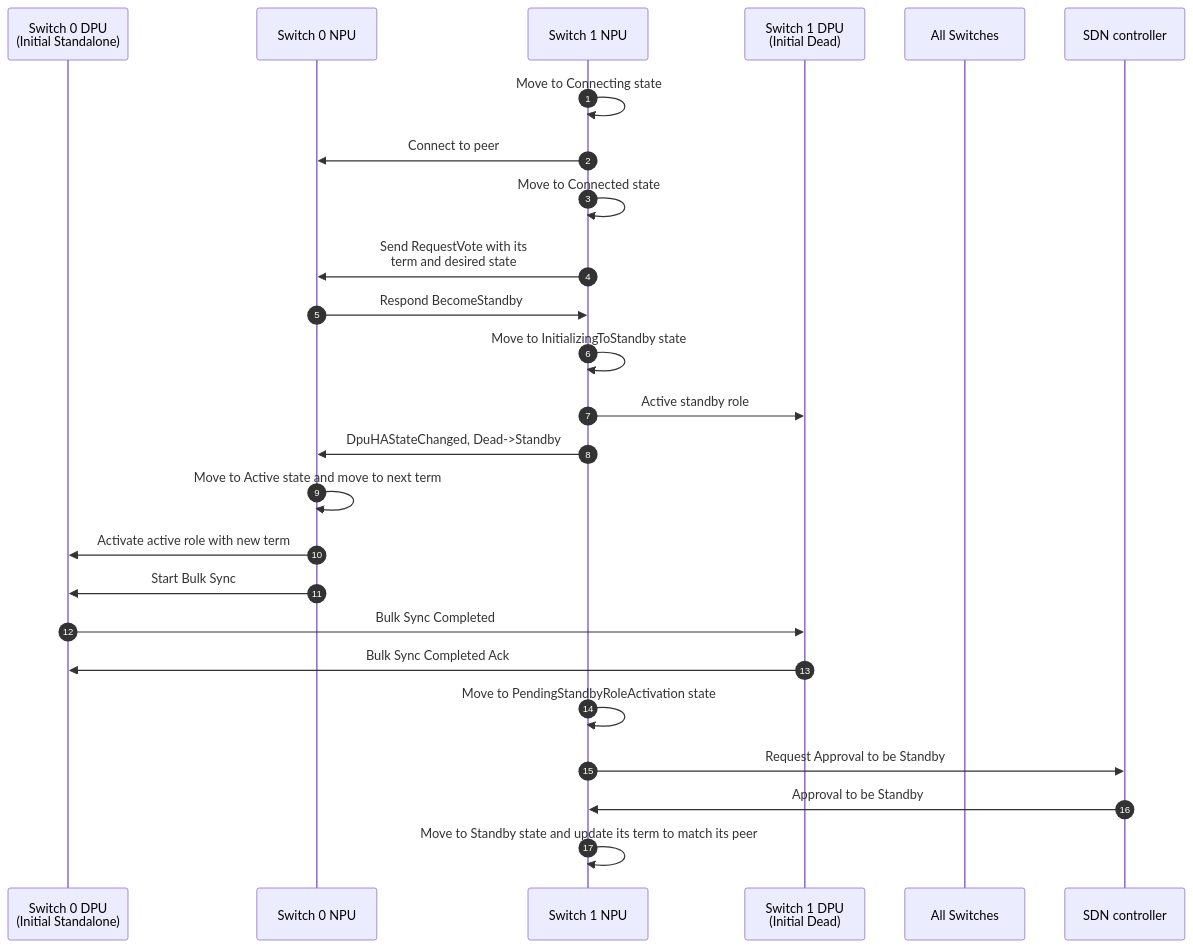
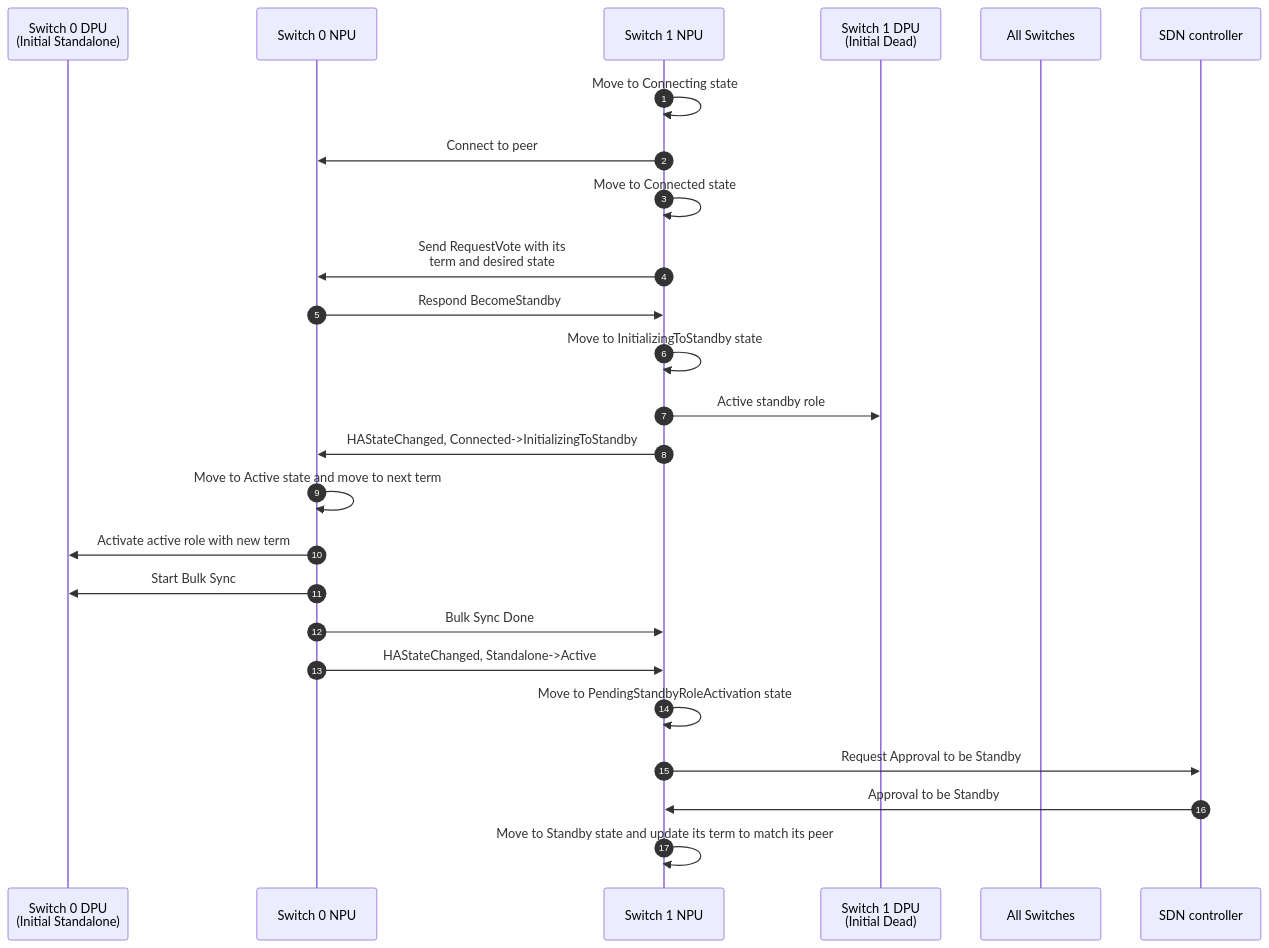
Before and after one commit to sonic-net/SONiC: the second of 6 diagrams in doc/smart-switch/high-availability/smart-switch-ha-hld.md, drawn with Mermaid. The commit also changed other lines of this file, not shown here.

````diff
--- a/doc/smart-switch/high-availability/smart-switch-ha-hld.md
+++ b/doc/smart-switch/high-availability/smart-switch-ha-hld.md
@@ -1051,32 +1052,32 @@
 ```mermaid
 sequenceDiagram
     autonumber
 
     participant S0D as Switch 0 DPU<br>(Initial Standalone)
     participant S0N as Switch 0 NPU
     participant S1N as Switch 1 NPU
     participant S1D as Switch 1 DPU<br>(Initial Dead)
     participant SA as All Switches
     participant SDN as SDN controller
 
     S1N->>S1N: Move to Connecting state
 
     S1N->>S0N: Connect to peer
     S1N->>S1N: Move to Connected state
 
     S1N->>S0N: Send RequestVote with its<br>term and desired state
     S0N->>S1N: Respond BecomeStandby
 
     S1N->>S1N: Move to InitializingToStandby state
     S1N->>S1D: Active standby role
-    S1N->>S0N: DpuHAStateChanged, Dead->Standby
+    S1N->>S0N: HAStateChanged, Connected->InitializingToStandby
     S0N->>S0N: Move to Active state and move to next term
     S0N->>S0D: Activate active role with new term
     S0N->>S0D: Start Bulk Sync
-    S0D->>S1D: Bulk Sync Completed
-    S1D->>S0D: Bulk Sync Completed Ack
+    S0N->>S1N: Bulk Sync Done
+    S0N->>S1N: HAStateChanged, Standalone->Active
     S1N->>S1N: Move to PendingStandbyRoleActivation state
     S1N->>SDN: Request Approval to be Standby
     SDN->>S1N: Approval to be Standby
     S1N->>S1N: Move to Standby state and update its term to match its peer
 ```
````
